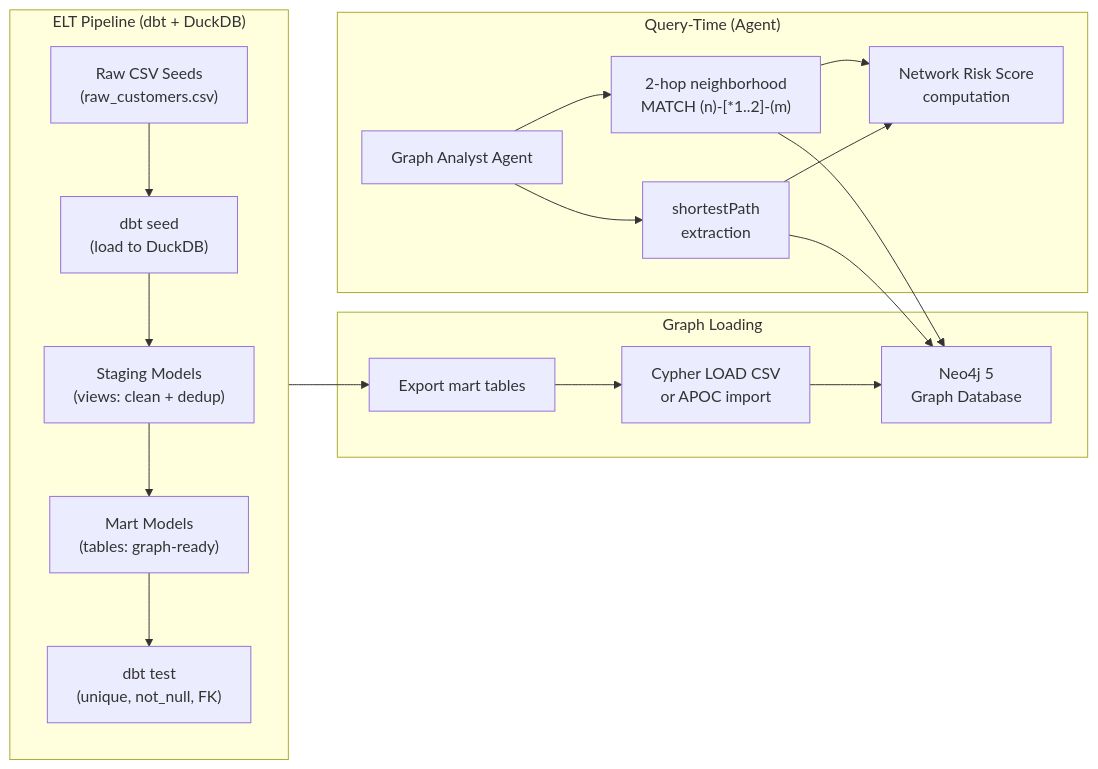
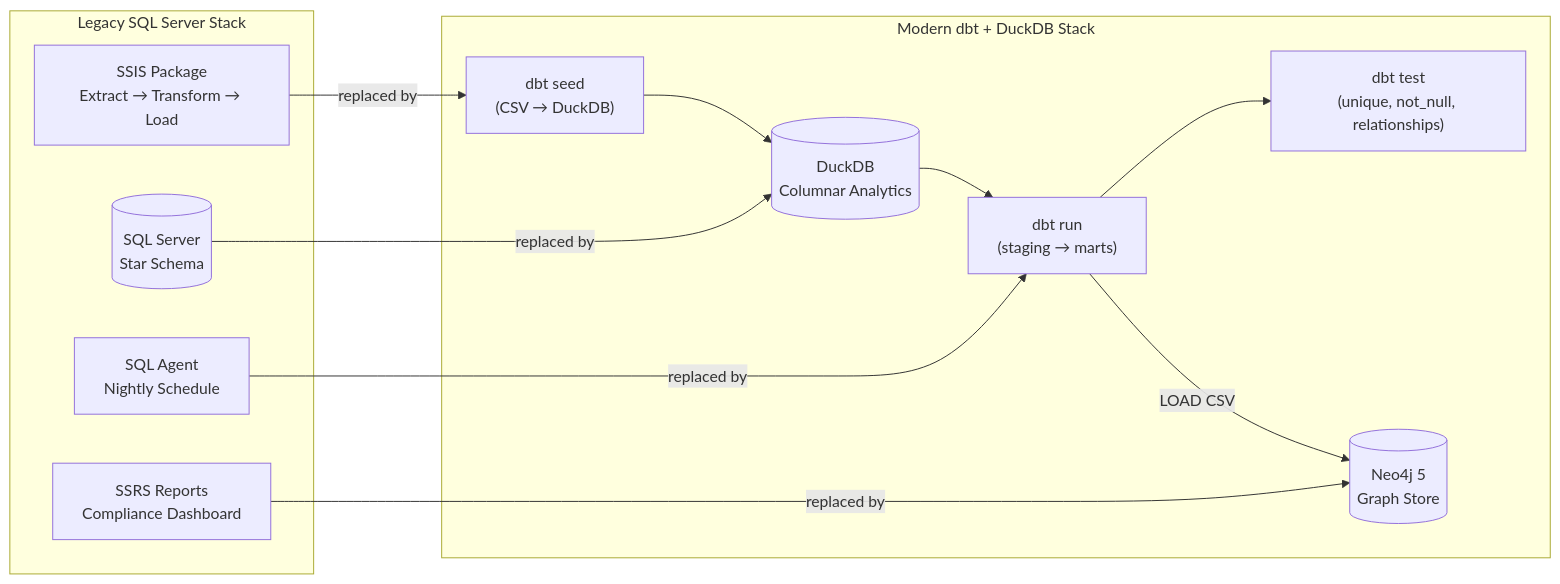
Before and after one commit to MaqSaid/dbt-graphrag-kyc-agents: the fourth of 5 diagrams in interview_preparation.md, drawn with Mermaid. The commit also changed other lines of this file, not shown here.

````diff
--- a/interview_preparation.md
+++ b/interview_preparation.md
@@ -438,31 +371,25 @@
 ```mermaid
 flowchart LR
-    subgraph ELT_PIPELINE["ELT Pipeline (dbt + DuckDB)"]
-        direction TB
-        RAW["Raw CSV Seeds<br/>(raw_customers.csv)"]
-        SEED["dbt seed<br/>(load to DuckDB)"]
-        STG["Staging Models<br/>(views: clean + dedup)"]
-        MART["Mart Models<br/>(tables: graph-ready)"]
-        TEST["dbt test<br/>(unique, not_null, FK)"]
+    subgraph Legacy["Legacy SQL Server Stack"]
+        SSIS["SSIS Package<br/>Extract → Transform → Load"]
+        SSDB[("SQL Server<br/>Star Schema")]
+        SSRS["SSRS Reports<br/>Compliance Dashboard"]
+        AGENT["SQL Agent<br/>Nightly Schedule"]
     end
 
-    subgraph GRAPH_LOAD["Graph Loading"]
-        EXPORT["Export mart tables"]
-        CYPHER["Cypher LOAD CSV<br/>or APOC import"]
-        NEO4J_DB["Neo4j 5<br/>Graph Database"]
+    subgraph Modern["Modern dbt + DuckDB Stack"]
+        SEED["dbt seed<br/>(CSV → DuckDB)"]
+        RUN["dbt run<br/>(staging → marts)"]
+        TEST["dbt test<br/>(unique, not_null, relationships)"]
+        DUCK[("DuckDB<br/>Columnar Analytics")]
+        NEO[("Neo4j 5<br/>Graph Store")]
     end
 
-    subgraph QUERY_TIME["Query-Time (Agent)"]
-        AGENT["Graph Analyst Agent"]
-        HOP["2-hop neighborhood<br/>MATCH (n)-[*1..2]-(m)"]
-        PATH["shortestPath<br/>extraction"]
-        RISK["Network Risk Score<br/>computation"]
-    end
+    SSIS -->|"replaced by"| SEED
+    SSDB -->|"replaced by"| DUCK
+    SSRS -->|"replaced by"| NEO
+    AGENT -->|"replaced by"| RUN
 
-    RAW --> SEED --> STG --> MART --> TEST
-    MART --> EXPORT --> CYPHER --> NEO4J_DB
-    AGENT --> HOP --> NEO4J_DB
-    AGENT --> PATH --> NEO4J_DB
-    HOP --> RISK
-    PATH --> RISK
+    SEED --> DUCK --> RUN --> TEST
+    RUN -->|"LOAD CSV"| NEO
 ```
````
